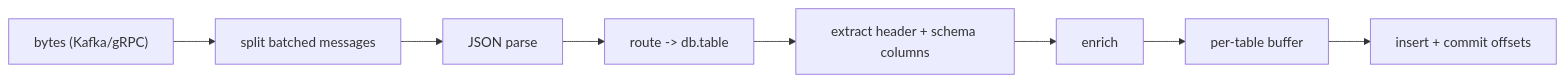
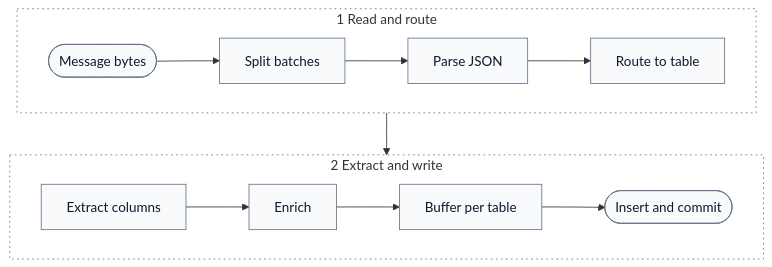
One commit to hyperi-io/dfe-loader changed the diagram in docs/pipeline/overview.md. Above: the diagram before and after it, drawn with Mermaid. The commit also changed other lines of this file and 33 other files, not shown here.

First line of the commit message:
docs(loader): fix Eleven claims and redraw diagrams

````diff
--- a/docs/pipeline/overview.md
+++ b/docs/pipeline/overview.md
@@ -19,12 +17,19 @@
 ```mermaid
-flowchart LR
-    M["bytes (Kafka/gRPC)"]
-    S["split batched messages"]
-    P["JSON parse"]
-    R["route -> db.table"]
-    X["extract header + schema columns"]
-    E["enrich"]
-    B["per-table buffer"]
-    I["insert + commit offsets"]
-    M --> S --> P --> R --> X --> E --> B --> I
+flowchart TB
+    accTitle: L4 Detail -- Loader pipeline
+    accDescr: Two stages run in order. Read and route takes message bytes, splits batched messages, parses JSON and routes each record to a table. Extract and write extracts the header and schema columns, enriches, buffers per table, then inserts and commits offsets.
+
+    subgraph s1["1 Read and route"]
+        direction LR
+        bytes(["Message bytes"]) --> split["Split batches"] --> parse["Parse JSON"] --> route["Route to table"]
+    end
+    subgraph s2["2 Extract and write"]
+        direction LR
+        extract["Extract columns"] --> enrich["Enrich"] --> buffer["Buffer per table"] --> insert(["Insert and commit"])
+    end
+    s1 --> s2
+
+    classDef default fill:#F8FAFC,stroke:#64748B,stroke-width:1px,color:#0F172A
+    classDef group fill:none,stroke:#64748B,stroke-width:1px,stroke-dasharray:2 4
+    class s1,s2 group
 ```
````
